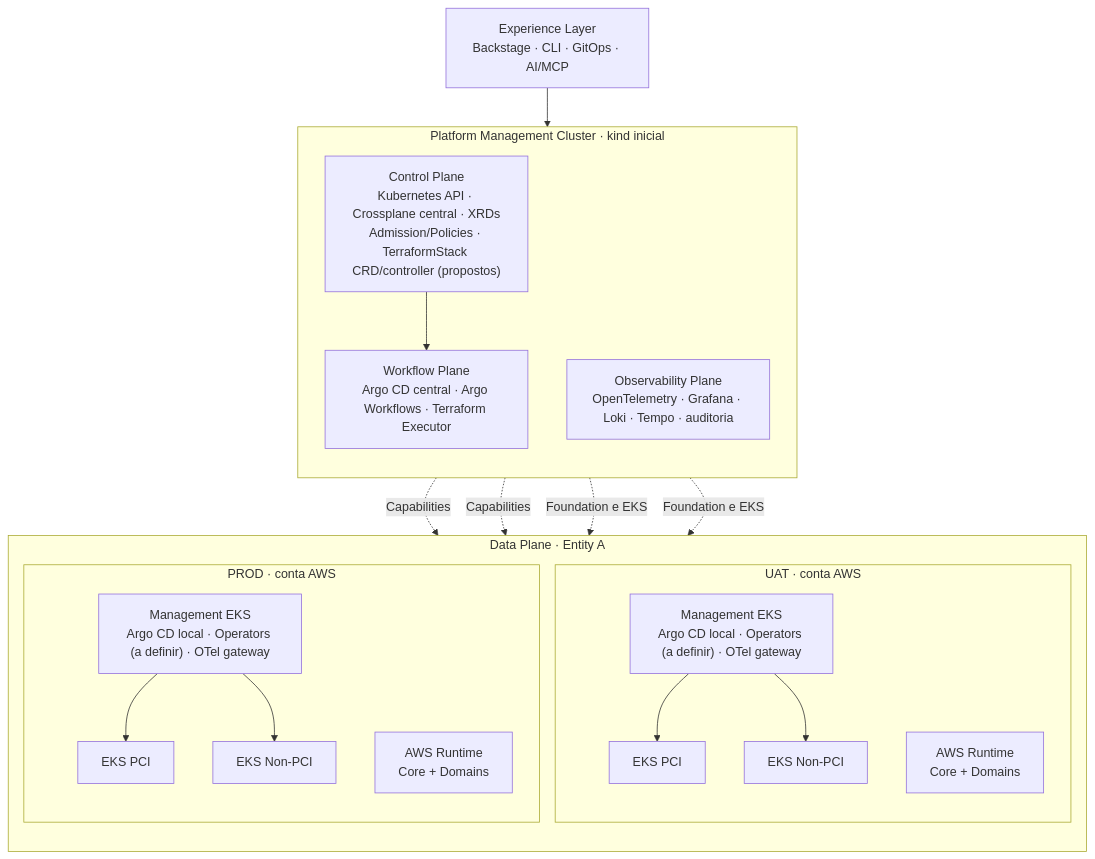
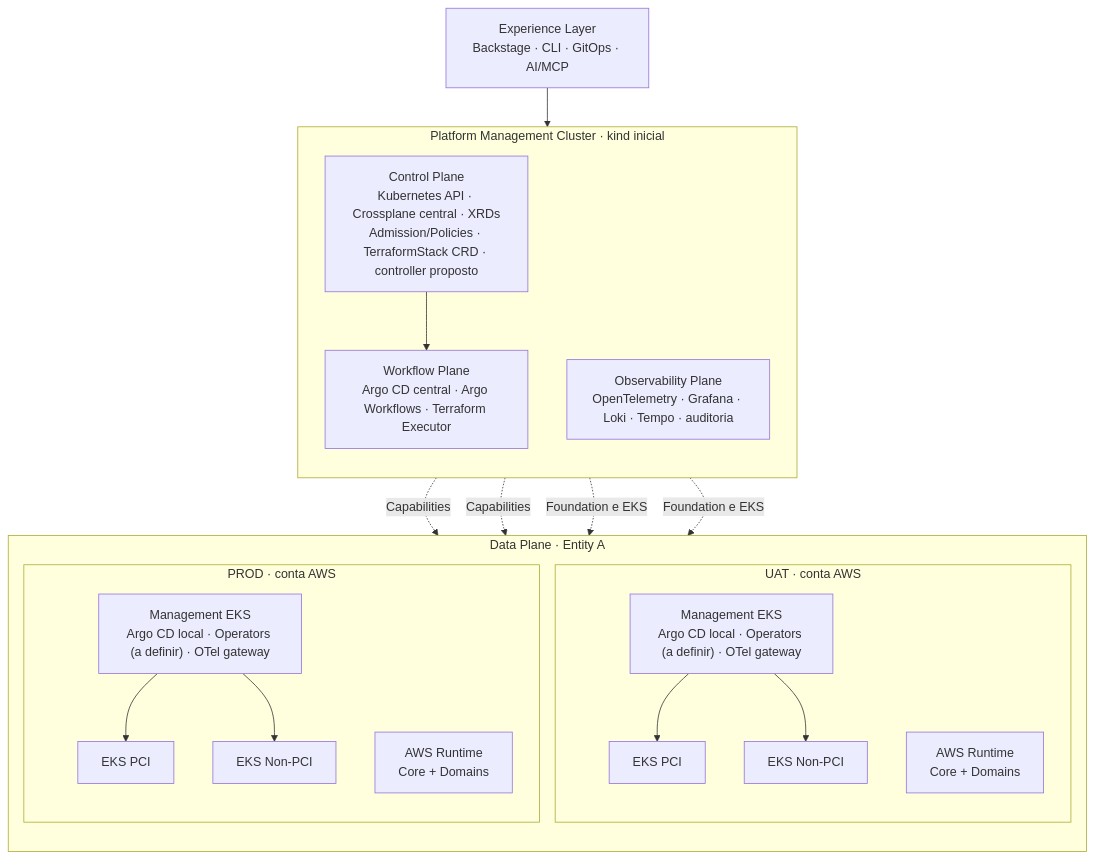
The first of 2 diagrams in docs/architecture.md (DavidFerreira21/platform-engineering-poc), drawn with Mermaid before and after one commit. The commit also changed other lines of this file and 12 other files, not shown here.

Commit message:
feat(lab05): publicar CRD TerraformStack via GitOps

````diff
--- a/docs/architecture.md
+++ b/docs/architecture.md
@@ -27,35 +27,35 @@
 ```mermaid
 flowchart TB
   E["Experience Layer<br/>Backstage · CLI · GitOps · AI/MCP"]
   subgraph HUB["Platform Management Cluster · kind inicial"]
     direction TB
-    CP["Control Plane<br/>Kubernetes API · Crossplane central · XRDs<br/>Admission/Policies · TerraformStack CRD/controller (propostos)"]
+    CP["Control Plane<br/>Kubernetes API · Crossplane central · XRDs<br/>Admission/Policies · TerraformStack CRD · controller proposto"]
     WF["Workflow Plane<br/>Argo CD central · Argo Workflows · Terraform Executor"]
     OB["Observability Plane<br/>OpenTelemetry · Grafana · Loki · Tempo · auditoria"]
     CP --> WF
   end
   subgraph DP["Data Plane · Entity A"]
     direction TB
     subgraph U["UAT · conta AWS"]
       UM["Management EKS<br/>Argo CD local · Operators (a definir) · OTel gateway"]
       UP["EKS PCI"]
       UN["EKS Non-PCI"]
       UR["AWS Runtime<br/>Core + Domains"]
       UM --> UP
       UM --> UN
     end
     subgraph P["PROD · conta AWS"]
       PM["Management EKS<br/>Argo CD local · Operators (a definir) · OTel gateway"]
       PP["EKS PCI"]
       PN["EKS Non-PCI"]
       PR["AWS Runtime<br/>Core + Domains"]
       PM --> PP
       PM --> PN
     end
   end
   E --> CP
   CP -. "Capabilities" .-> UR
   CP -. "Capabilities" .-> PR
   WF -. "Foundation e EKS" .-> UM
   WF -. "Foundation e EKS" .-> PM
 ```
````
